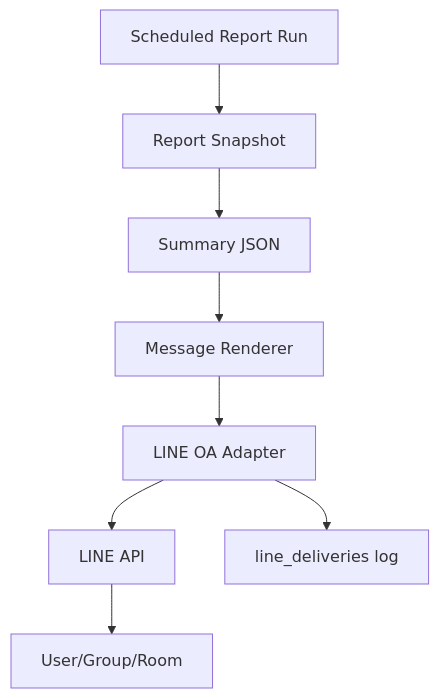
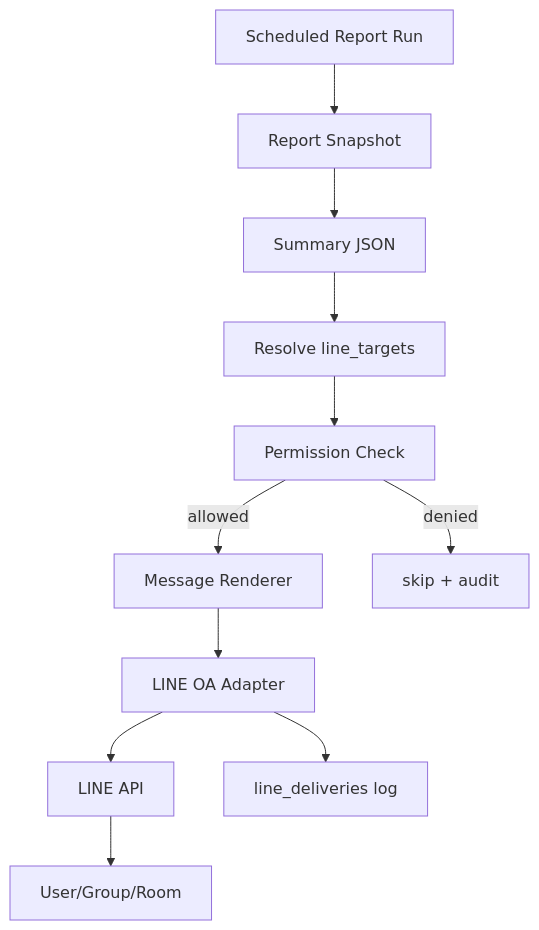
The diagram in docs/07_LINE_OA_MORNING_BRIEF_TH.md (bosocmputer/ai-business-command-center), drawn with Mermaid before and after one commit. The commit also changed other lines of this file and 15 other files, not shown here.

Commit message:
Add LINE group permission profiles

````diff
--- a/docs/07_LINE_OA_MORNING_BRIEF_TH.md
+++ b/docs/07_LINE_OA_MORNING_BRIEF_TH.md
@@ -71,10 +78,13 @@
 ```mermaid
 flowchart TD
     A[Scheduled Report Run] --> B[Report Snapshot]
     B --> C[Summary JSON]
-    C --> D[Message Renderer]
-    D --> E[LINE OA Adapter]
-    E --> F[LINE API]
-    F --> G[User/Group/Room]
-    E --> H[line_deliveries log]
+    C --> D[Resolve line_targets]
+    D --> E[Permission Check]
+    E -->|allowed| F[Message Renderer]
+    F --> G[LINE OA Adapter]
+    G --> H[LINE API]
+    H --> I[User/Group/Room]
+    G --> J[line_deliveries log]
+    E -->|denied| K[skip + audit]
 ```
````
